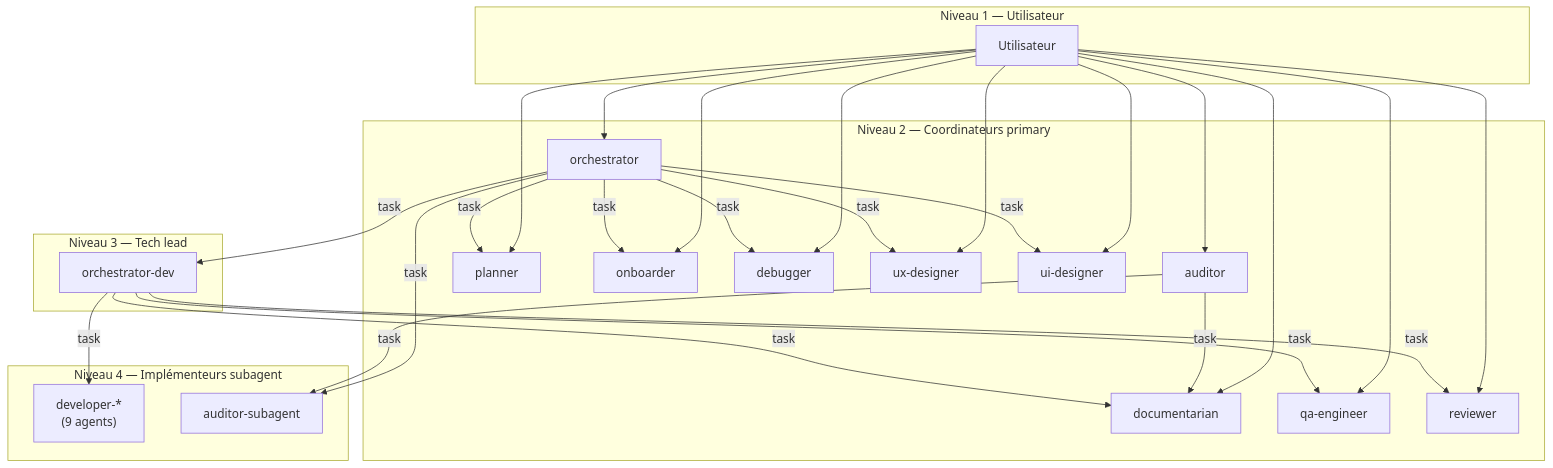
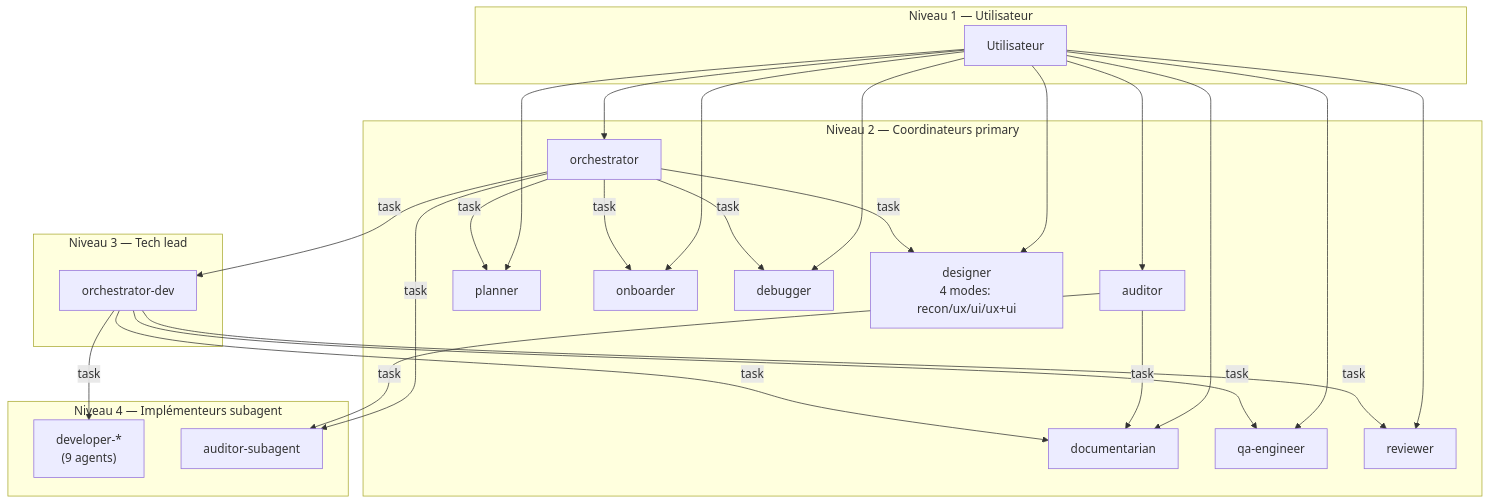
Before and after one commit to datichb/openhub: the first of 3 diagrams in docs/architecture/task-delegation.fr.md, drawn with Mermaid. The commit also changed other lines of this file and 87 other files, not shown here.

````diff
--- a/docs/architecture/task-delegation.fr.md
+++ b/docs/architecture/task-delegation.fr.md
@@ -94,55 +93,52 @@
 ```mermaid
 flowchart TB
     subgraph L1["Niveau 1 — Utilisateur"]
         U[Utilisateur]
     end
 
     subgraph L2["Niveau 2 — Coordinateurs primary"]
         O[orchestrator]
         A[auditor]
         PL[planner]
         ON[onboarder]
         DB[debugger]
-        UX[ux-designer]
-        UI[ui-designer]
+        DS[designer<br/>4 modes: recon/ux/ui/ux+ui]
         DOC[documentarian]
         QA[qa-engineer]
         R[reviewer]
     end
 
     subgraph L3["Niveau 3 — Tech lead"]
         OD[orchestrator-dev]
     end
 
     subgraph L4["Niveau 4 — Implémenteurs subagent"]
         DEV["developer-*<br/>(9 agents)"]
         AUD["auditor-subagent"]
     end
 
     U --> O
     U --> A
     U --> PL
     U --> ON
     U --> DB
-    U --> UX
-    U --> UI
+    U --> DS
     U --> DOC
     U --> QA
     U --> R
 
     O -->|task| PL
     O -->|task| ON
-    O -->|task| UX
-    O -->|task| UI
+    O -->|task| DS
     O -->|task| AUD
     O -->|task| OD
     O -->|task| DB
 
     A -->|task| AUD
     A -->|task| DOC
 
     OD -->|task| DEV
     OD -->|task| QA
     OD -->|task| R
     OD -->|task| DOC
 ```
````
